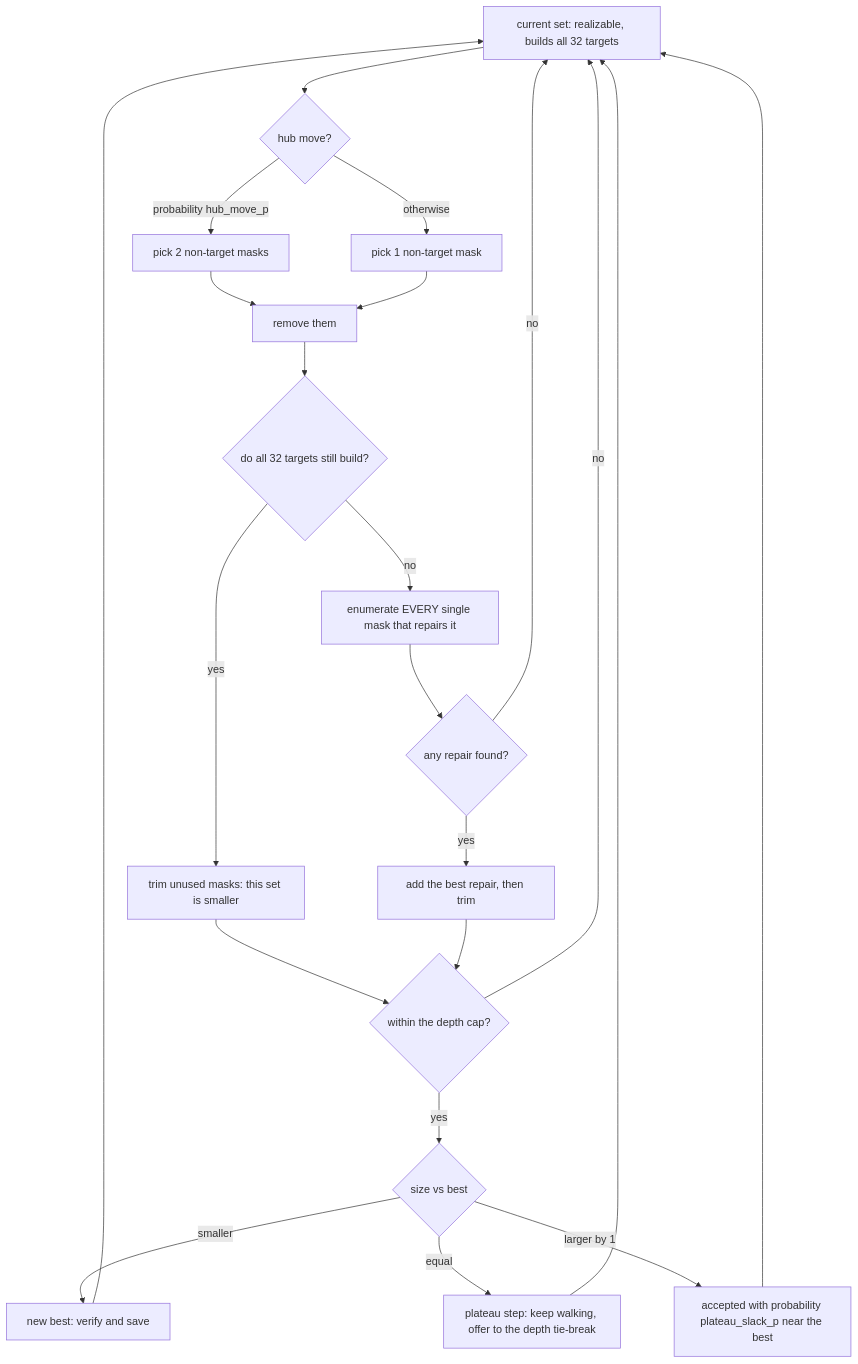
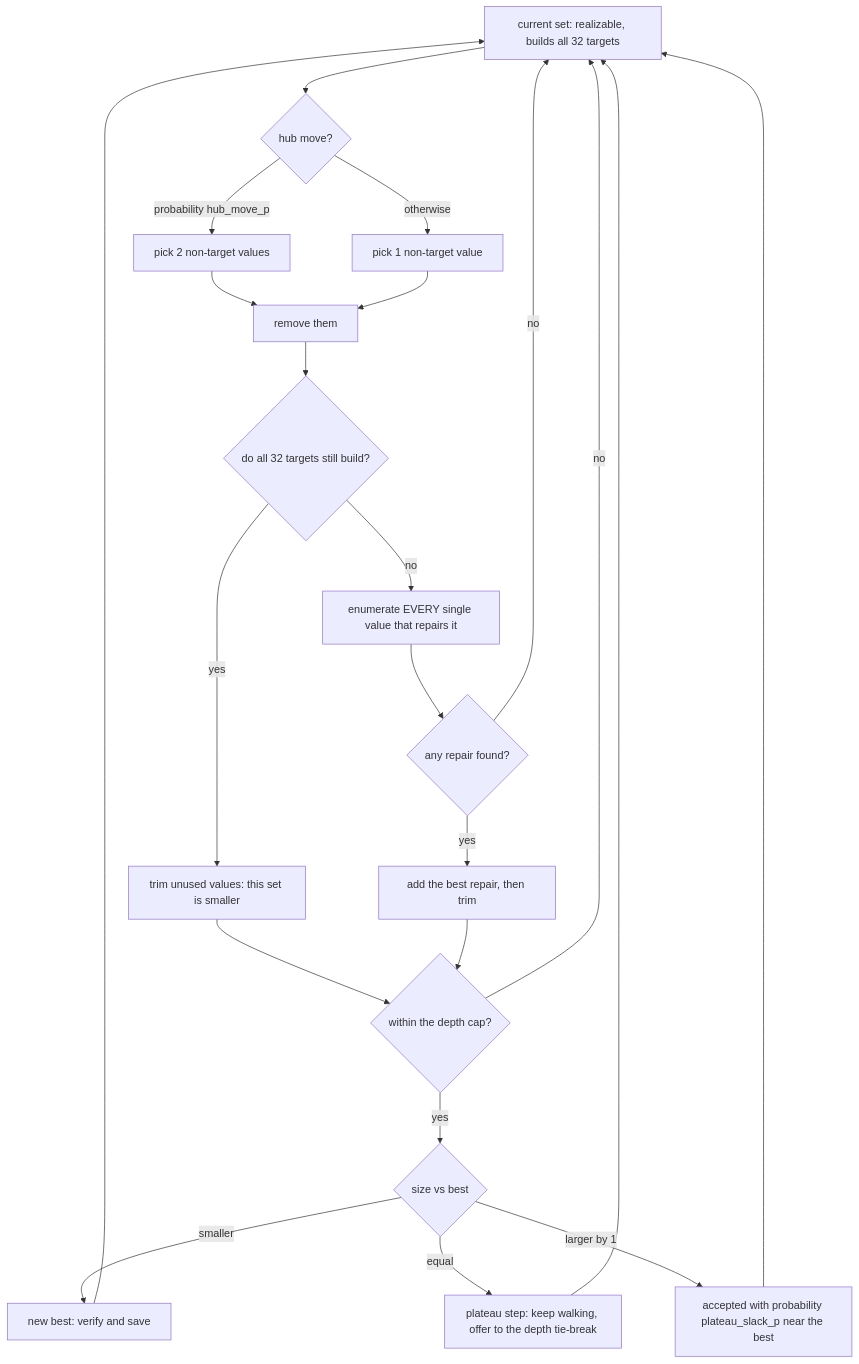
One commit to Joe-b-20/slp-plateau-search changed the first of 4 diagrams in pipeline/HOW.md. Above: the diagram before and after it, drawn with Mermaid. The commit also changed other lines of this file and 50 other files, not shown here.

````diff
--- a/pipeline/HOW.md
+++ b/pipeline/HOW.md
@@ -71,24 +70,24 @@
 ```mermaid
 flowchart TD
     A["current set: realizable, builds all 32 targets"] --> B{"hub move?"}
-    B -->|"probability hub_move_p"| C["pick 2 non-target masks"]
-    B -->|"otherwise"| D["pick 1 non-target mask"]
+    B -->|"probability hub_move_p"| C["pick 2 non-target values"]
+    B -->|"otherwise"| D["pick 1 non-target value"]
     C --> E["remove them"]
     D --> E
     E --> F{"do all 32 targets still build?"}
-    F -->|"yes"| G["trim unused masks: this set is smaller"]
-    F -->|"no"| H["enumerate EVERY single mask that repairs it"]
+    F -->|"yes"| G["trim unused values: this set is smaller"]
+    F -->|"no"| H["enumerate EVERY single value that repairs it"]
     H --> I{"any repair found?"}
     I -->|"no"| A
     I -->|"yes"| J["add the best repair, then trim"]
     G --> K{"within the depth cap?"}
     J --> K
     K -->|"no"| A
     K -->|"yes"| L{"size vs best"}
     L -->|"smaller"| M["new best: verify and save"]
     L -->|"equal"| N["plateau step: keep walking, offer to the depth tie-break"]
     L -->|"larger by 1"| O["accepted with probability plateau_slack_p near the best"]
     M --> A
     N --> A
     O --> A
 ```
````
